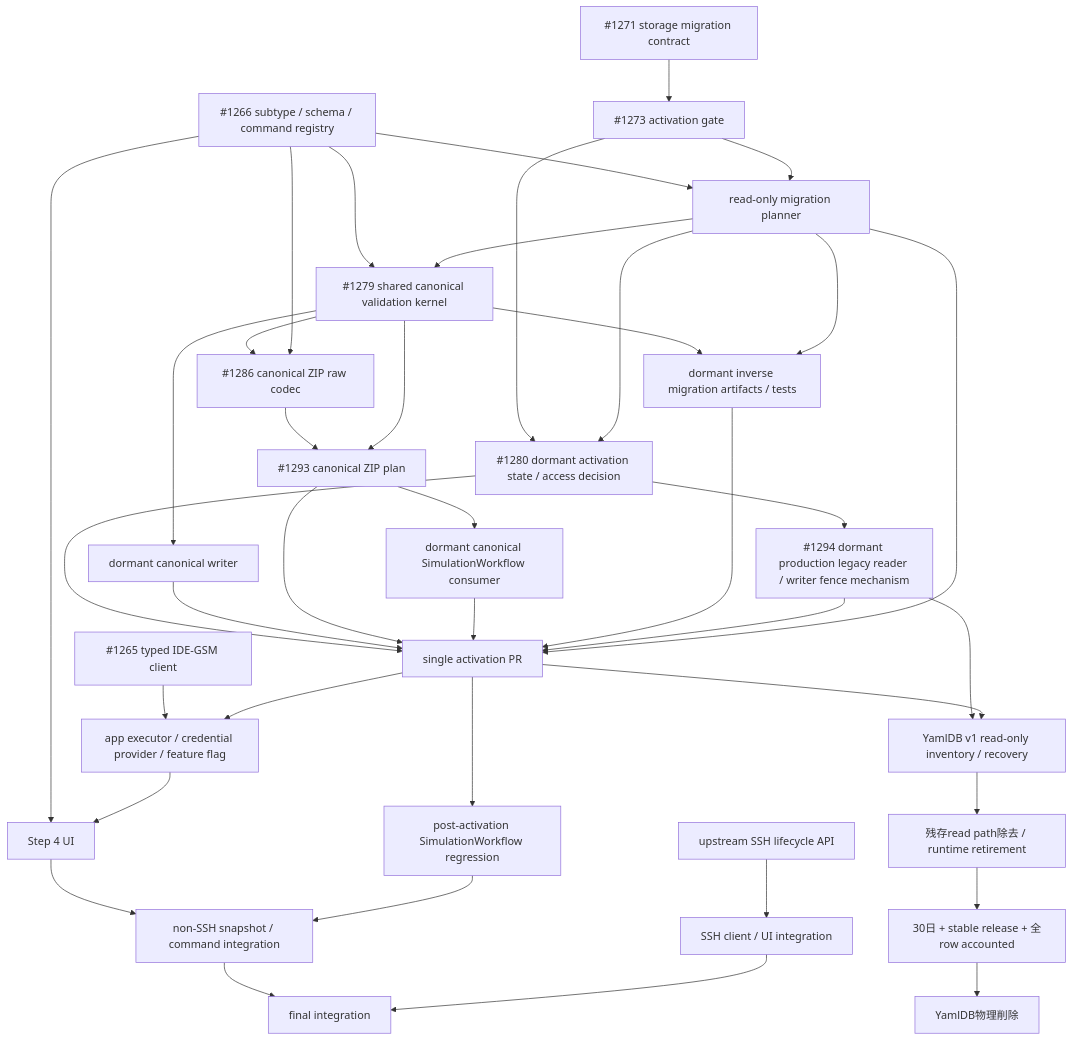
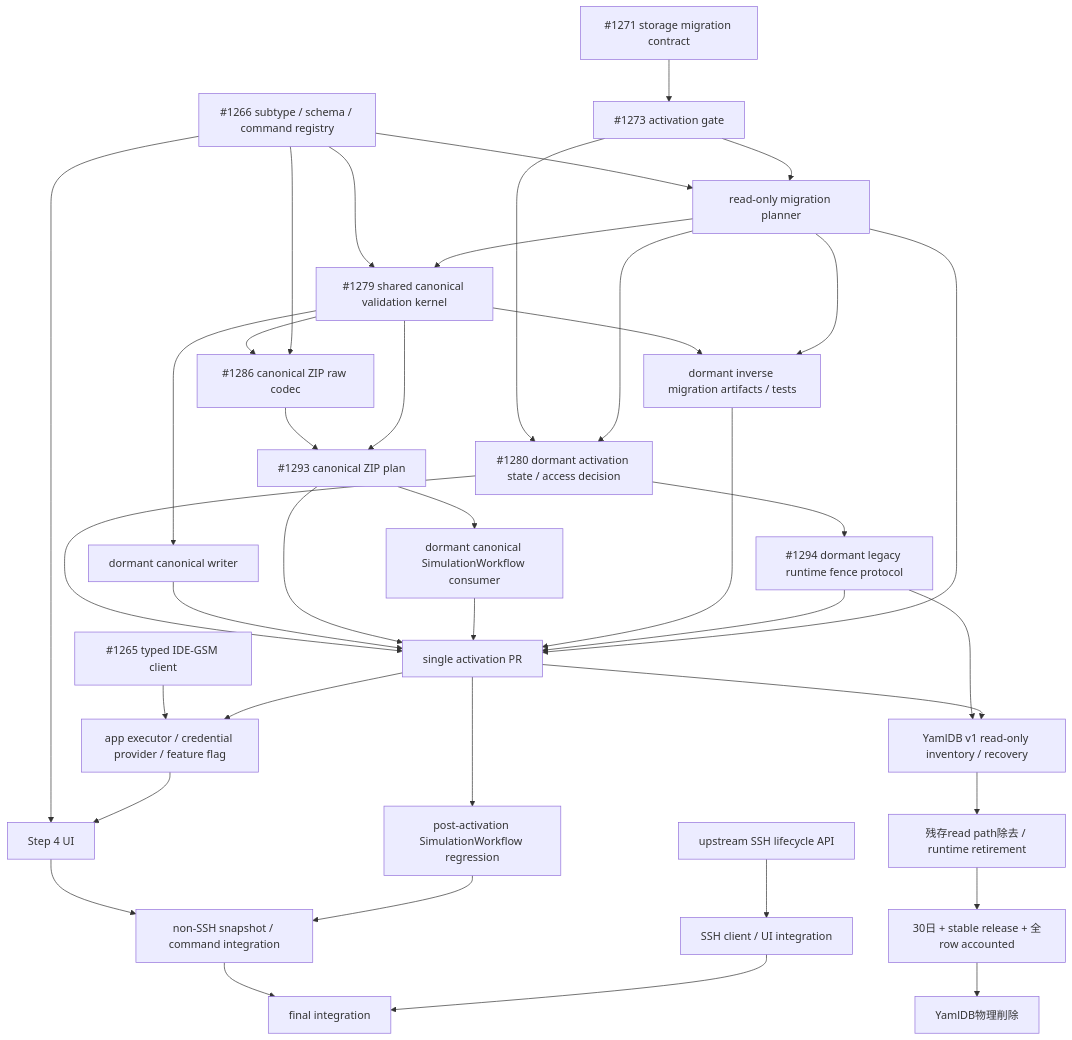
The first of 2 diagrams in docs/yaml-plugin-ide-gsm-step4-spec.md (kubohiroya/hierarchidb), drawn with Mermaid before and after one commit. The commit also changed other lines of this file and 11 other files, not shown here.

First line of the commit message:
feat(runtime-worker): add dormant YAML legacy fence protocol (#1296)

````diff
--- a/docs/yaml-plugin-ide-gsm-step4-spec.md
+++ b/docs/yaml-plugin-ide-gsm-step4-spec.md
@@ -411,43 +423,43 @@
 ```mermaid
 graph TD
   Registry["#1266 subtype / schema / command registry"] --> Planner["read-only migration planner"]
   Registry --> Validation["#1279 shared canonical validation kernel"]
   Contract["#1271 storage migration contract"] --> ActivationContract["#1273 activation gate"]
   ActivationContract --> Planner
   Planner --> Validation
   Validation --> DormantWriter["dormant canonical writer"]
   Validation --> RawSnapshotCodec["#1286 canonical ZIP raw codec"]
   RawSnapshotCodec --> DormantSnapshotIO["#1293 canonical ZIP plan"]
   Validation --> DormantSnapshotIO
   DormantSnapshotIO --> DormantSimulation["dormant canonical SimulationWorkflow consumer"]
   Validation --> InverseArtifacts["dormant inverse migration artifacts / tests"]
   Planner --> InverseArtifacts["dormant inverse migration artifacts / tests"]
   ActivationContract --> ActivationState["#1280 dormant activation state / access decision"]
   Planner --> ActivationState
-  ActivationState --> WriterFence["#1294 dormant production legacy reader / writer fence mechanism"]
+  ActivationState --> WriterFence["#1294 dormant legacy runtime fence protocol"]
   ActivationState --> Activation["single activation PR"]
   DormantWriter --> Activation["single activation PR"]
   DormantSnapshotIO --> Activation
   DormantSimulation --> Activation
   InverseArtifacts --> Activation
   WriterFence --> Activation
   Planner --> Activation
   Registry --> RawSnapshotCodec
   Registry --> Step4["Step 4 UI"]
   Client["#1265 typed IDE-GSM client"] --> Executor["app executor / credential provider / feature flag"]
   Activation --> Executor
   Executor --> Step4
   Activation --> SimulationRegression["post-activation SimulationWorkflow regression"]
   Step4 --> NonSshIntegration["non-SSH snapshot / command integration"]
   SimulationRegression --> NonSshIntegration
 
   WriterFence --> LegacyRecovery["YamlDB v1 read-only inventory / recovery"]
   Activation --> LegacyRecovery
   LegacyRecovery --> RemoveYamlReads["残存read path除去 / runtime retirement"]
   RemoveYamlReads --> RetentionGate["30日 + stable release + 全row accounted"]
   RetentionGate --> DeleteYamlDB["YamlDB物理削除"]
 
   UpstreamSsh["upstream SSH lifecycle API"] --> SshIntegration["SSH client / UI integration"]
   NonSshIntegration --> FinalIntegration["final integration"]
   SshIntegration --> FinalIntegration
 ```
````
